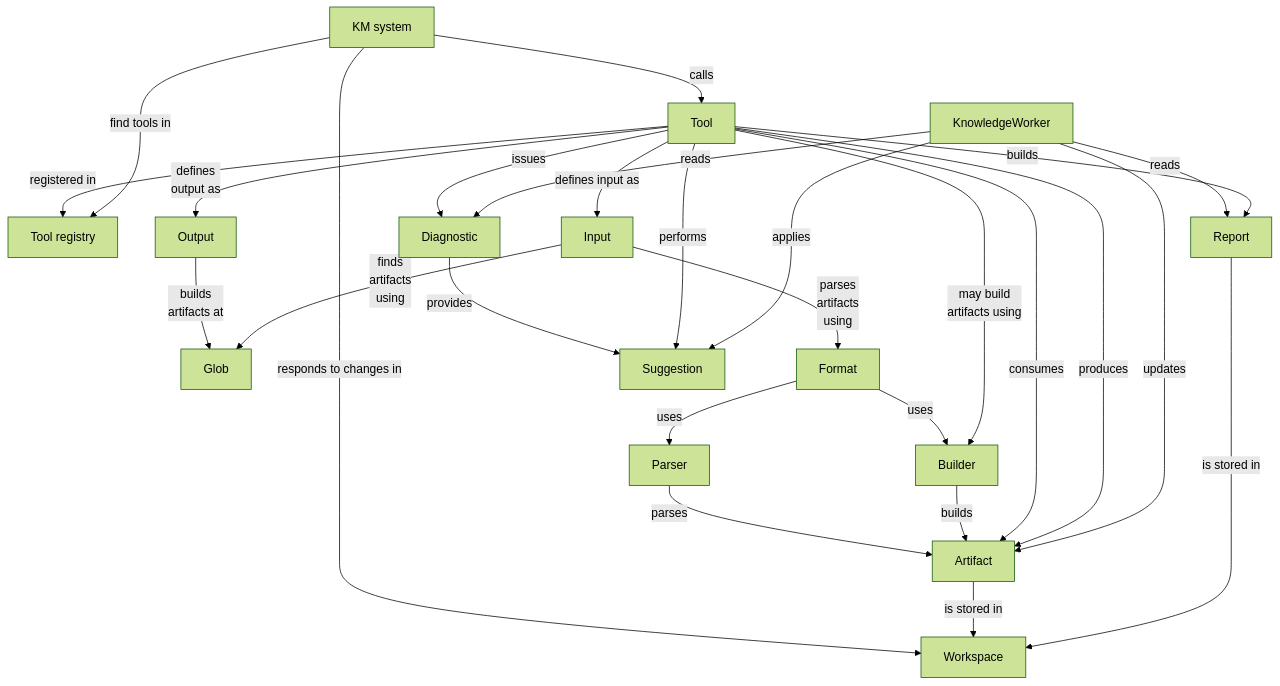
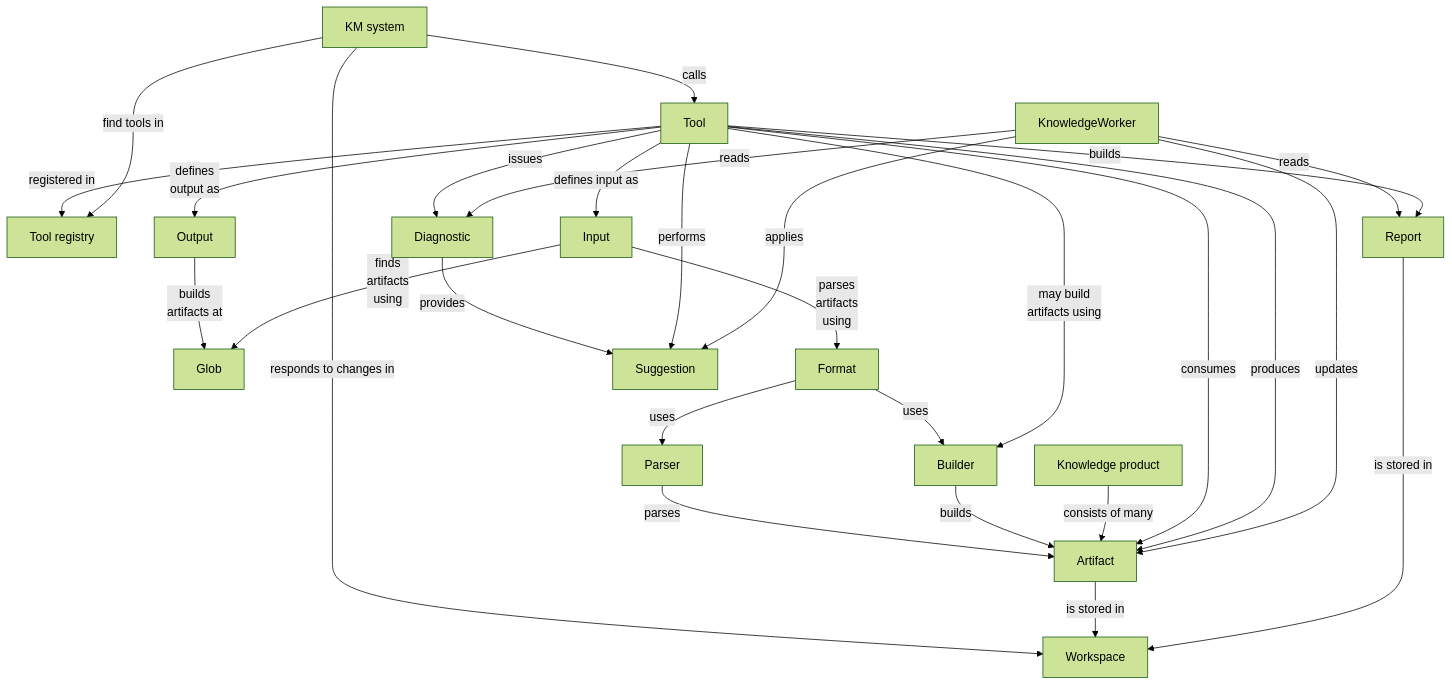
Before and after one commit to setms/sew: the first of 2 diagrams in swe/src/main/ideas/tools.md, drawn with Mermaid (forest theme). The commit also changed other lines of this file, not shown here.

````diff
--- a/swe/src/main/ideas/tools.md
+++ b/swe/src/main/ideas/tools.md
@@ -12,32 +13,34 @@
 ```mermaid
 graph
     System[KM system]
     ToolRegistry[Tool registry]
+    KnowledgeProduct[Knowledge product]
     
     Tool -- registered in --> ToolRegistry
     System -- responds to changes in --> Workspace
     System -- find tools in --> ToolRegistry
     System -- calls --> Tool
     Tool -- defines\noutput as --> Output
     Output -- builds\nartifacts at --> Glob
     Tool -- defines input as --> Input
     Input -- finds\nartifacts\nusing --> Glob
     Input -- parses\nartifacts\nusing --> Format
     Format -- uses --> Parser
     Format -- uses --> Builder
     Parser -- parses --> Artifact
     Builder -- builds --> Artifact
+    KnowledgeProduct -- consists of many --> Artifact
     Tool -- may build\nartifacts using --> Builder
     Tool -- consumes --> Artifact
     Tool -- produces --> Artifact
     Tool -- issues --> Diagnostic
     Diagnostic -- provides --> Suggestion
     Tool -- performs --> Suggestion
     Artifact -- is stored in --> Workspace
     KnowledgeWorker -- updates --> Artifact
     KnowledgeWorker -- reads --> Diagnostic
     KnowledgeWorker -- reads --> Report
     KnowledgeWorker -- applies --> Suggestion
     Tool -- builds --> Report
     Report -- is stored in --> Workspace
 ```
````
